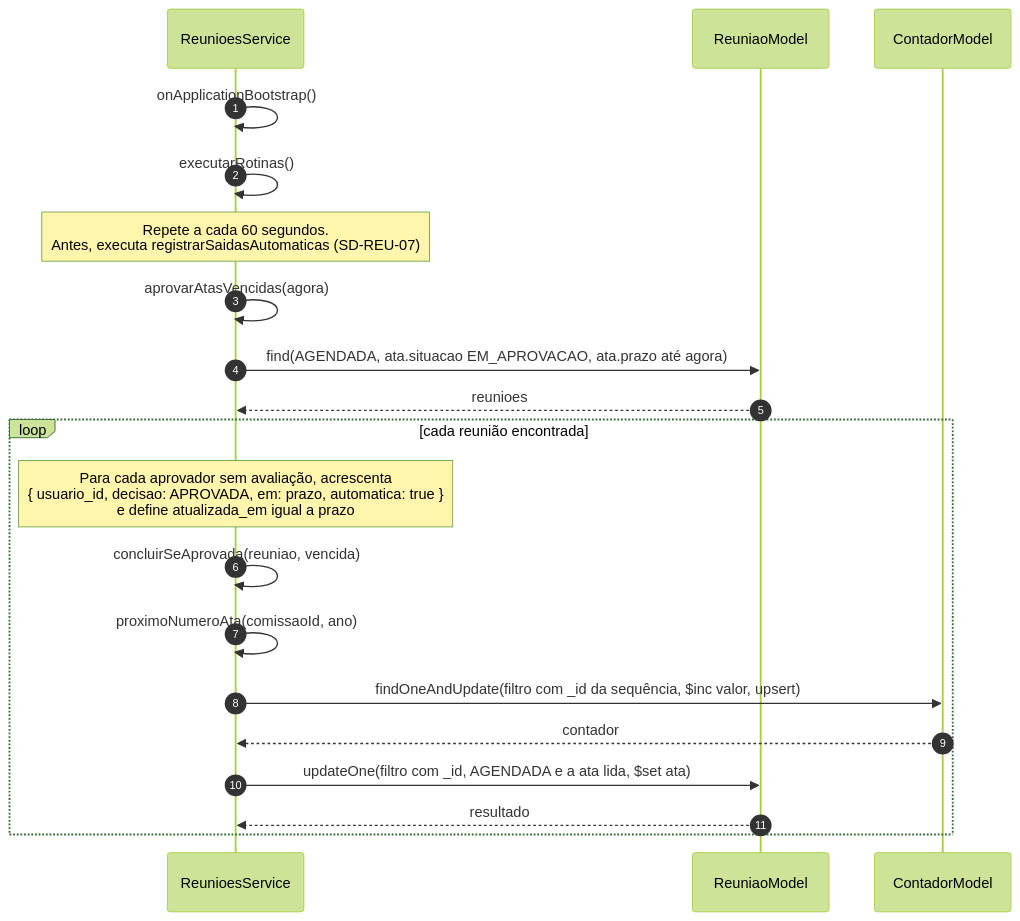
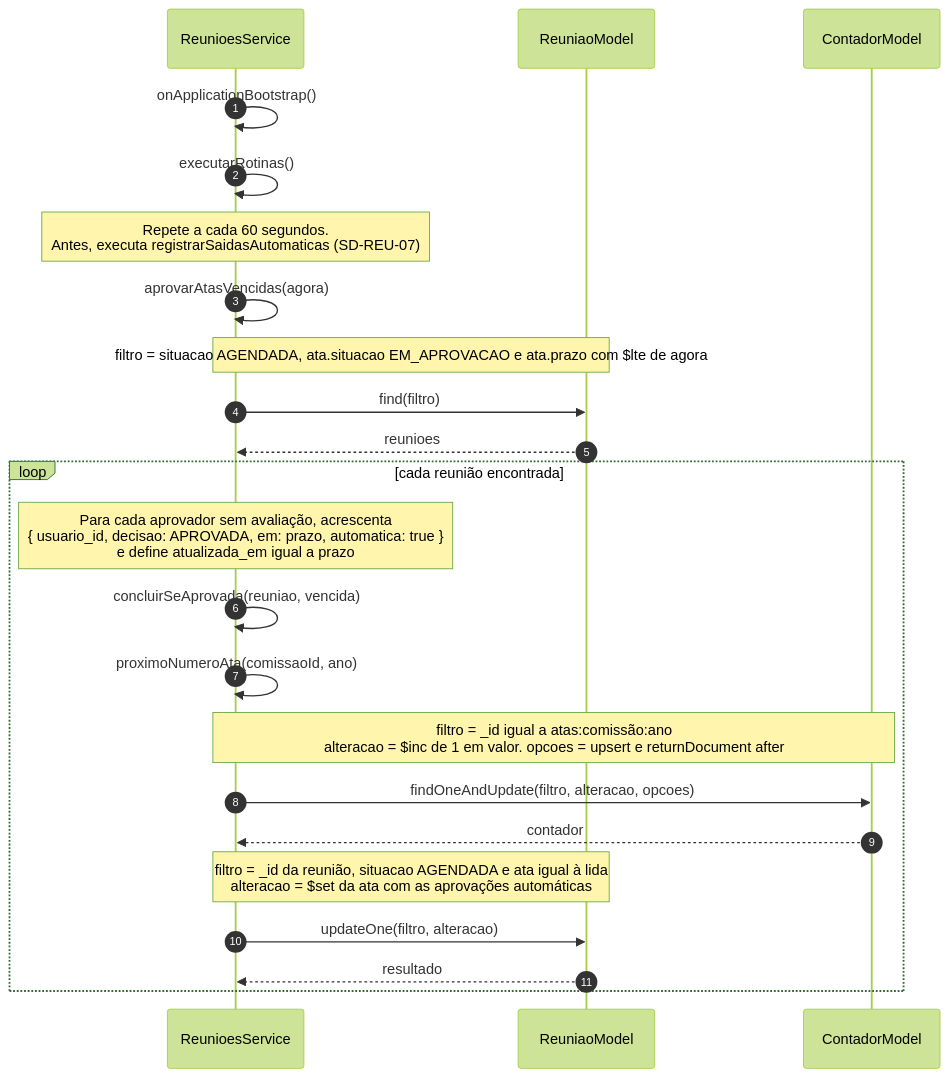
One commit to Conecta-IFSP/DOCUMENTATION changed the fourth of 9 diagrams in 4 - Incremento3/atas/6 - diagramas-sequencia-atas.md. Above: the diagram before and after it, drawn with Mermaid (forest theme). The commit also changed other lines of this file, not shown here.

Commit message:
Troca argumentos em prosa por chamadas reais nas sequências das atas

````diff
--- a/4 - Incremento3/atas/6 - diagramas-sequencia-atas.md
+++ b/4 - Incremento3/atas/6 - diagramas-sequencia-atas.md
@@ -147,22 +151,25 @@
 ```mermaid
 sequenceDiagram
     autonumber
     participant S as ReunioesService
     participant M as ReuniaoModel
     participant N as ContadorModel
     S->>S: onApplicationBootstrap()
     S->>S: executarRotinas()
     Note over S: Repete a cada 60 segundos.<br/>Antes, executa registrarSaidasAutomaticas (SD-REU-07)
     S->>S: aprovarAtasVencidas(agora)
-    S->>M: find(AGENDADA, ata.situacao EM_APROVACAO, ata.prazo até agora)
+    Note over S,M: filtro = situacao AGENDADA, ata.situacao EM_APROVACAO e ata.prazo com $lte de agora
+    S->>M: find(filtro)
     M-->>S: reunioes
     loop cada reunião encontrada
         Note over S: Para cada aprovador sem avaliação, acrescenta<br/>{ usuario_id, decisao: APROVADA, em: prazo, automatica: true }<br/>e define atualizada_em igual a prazo
         S->>S: concluirSeAprovada(reuniao, vencida)
         S->>S: proximoNumeroAta(comissaoId, ano)
-        S->>N: findOneAndUpdate(filtro com _id da sequência, $inc valor, upsert)
+        Note over S,N: filtro = _id igual a atas:comissão:ano<br/>alteracao = $inc de 1 em valor. opcoes = upsert e returnDocument after
+        S->>N: findOneAndUpdate(filtro, alteracao, opcoes)
         N-->>S: contador
-        S->>M: updateOne(filtro com _id, AGENDADA e a ata lida, $set ata)
+        Note over S,M: filtro = _id da reunião, situacao AGENDADA e ata igual à lida<br/>alteracao = $set da ata com as aprovações automáticas
+        S->>M: updateOne(filtro, alteracao)
         M-->>S: resultado
     end
 ```
````
